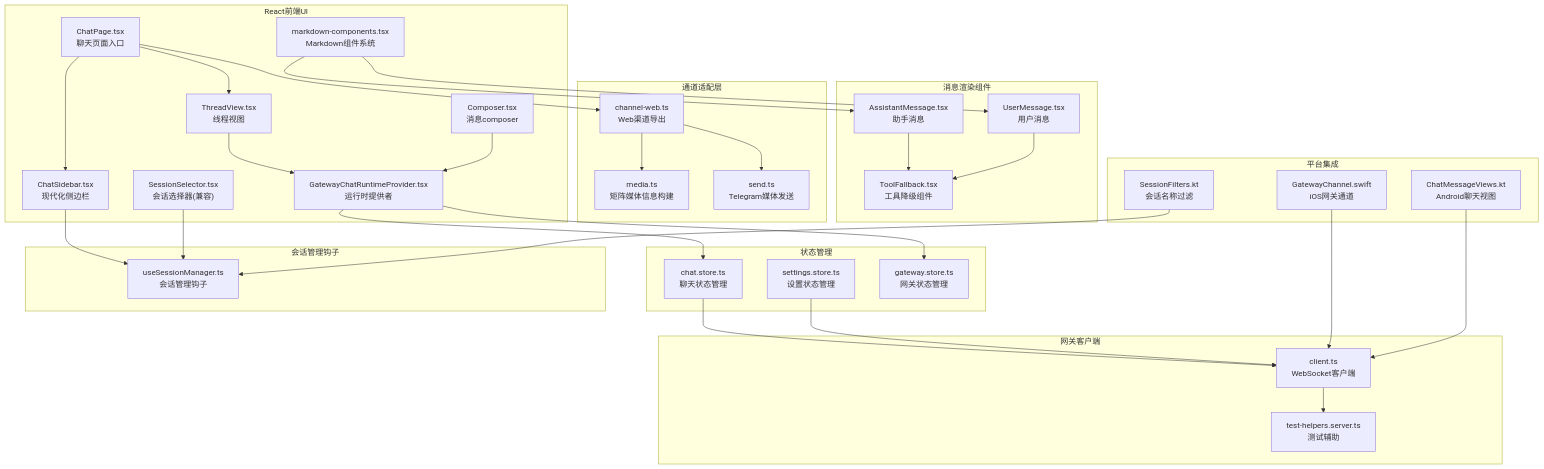
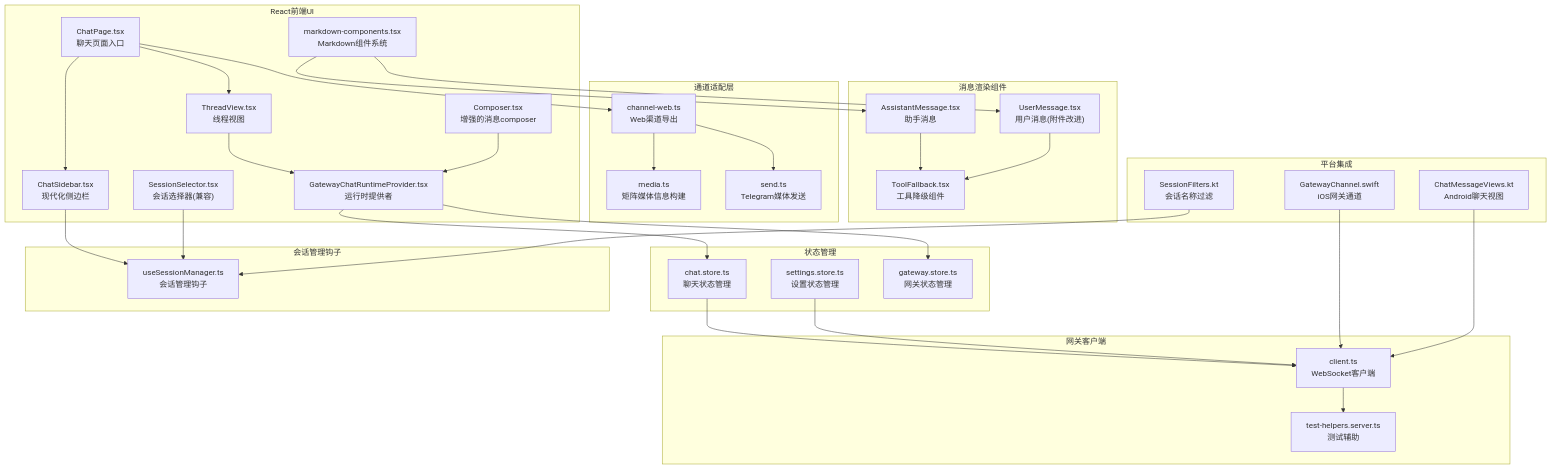
The first of 12 diagrams in .qoder/repowiki/zh/content/Web界面/WebChat界面/WebChat界面.md (verse-ai-org/openclaw), drawn with Mermaid before and after one commit. The commit also changed other lines of this file and 7 other files, not shown here.

````diff
--- a/.qoder/repowiki/zh/content/Web界面/WebChat界面/WebChat界面.md
+++ b/.qoder/repowiki/zh/content/Web界面/WebChat界面/WebChat界面.md
@@ -74,60 +75,60 @@
 ```mermaid
 graph TB
 subgraph "React前端UI"
 React_ChatPage["ChatPage.tsx<br/>聊天页面入口"]
 React_ChatSidebar["ChatSidebar.tsx<br/>现代化侧边栏"]
 React_Markdown["markdown-components.tsx<br/>Markdown组件系统"]
 React_ThreadView["ThreadView.tsx<br/>线程视图"]
 React_Session["SessionSelector.tsx<br/>会话选择器(兼容)"]
-React_Composer["Composer.tsx<br/>消息composer"]
+React_Composer["Composer.tsx<br/>增强的消息composer"]
 React_Runtime["GatewayChatRuntimeProvider.tsx<br/>运行时提供者"]
 end
 subgraph "状态管理"
 Zustand_Chat["chat.store.ts<br/>聊天状态管理"]
 Zustand_Settings["settings.store.ts<br/>设置状态管理"]
 Zustand_Gateway["gateway.store.ts<br/>网关状态管理"]
 end
 subgraph "消息渲染组件"
 React_Assistant["AssistantMessage.tsx<br/>助手消息"]
-React_User["UserMessage.tsx<br/>用户消息"]
+React_User["UserMessage.tsx<br/>用户消息(附件改进)"]
 React_Tool["ToolFallback.tsx<br/>工具降级组件"]
 end
 subgraph "会话管理钩子"
 Hook_SessionManager["useSessionManager.ts<br/>会话管理钩子"]
 end
 subgraph "网关客户端"
 GW_Client["client.ts<br/>WebSocket客户端"]
 GW_Server["test-helpers.server.ts<br/>测试辅助"]
 end
 subgraph "通道适配层"
 Web_Channel["channel-web.ts<br/>Web渠道导出"]
 Media_Send["media.ts<br/>矩阵媒体信息构建"]
 Telegram_Send["send.ts<br/>Telegram媒体发送"]
 end
 subgraph "平台集成"
 iOS_Gateway["GatewayChannel.swift<br/>iOS网关通道"]
 Android_UI["ChatMessageViews.kt<br/>Android聊天视图"]
 Android_Session["SessionFilters.kt<br/>会话名称过滤"]
 end
 React_ChatPage --> React_ChatSidebar
 React_ChatSidebar --> Hook_SessionManager
 React_ChatPage --> React_ThreadView
 React_ThreadView --> React_Runtime
 React_Session --> Hook_SessionManager
 React_Composer --> React_Runtime
 React_Runtime --> Zustand_Chat
 React_Runtime --> Zustand_Gateway
 React_Markdown --> React_Assistant
 React_Markdown --> React_User
 React_Assistant --> React_Tool
 React_User --> React_Tool
 Zustand_Chat --> GW_Client
 Zustand_Settings --> GW_Client
 GW_Client --> GW_Server
 React_ChatPage --> Web_Channel
 Web_Channel --> Media_Send
 Web_Channel --> Telegram_Send
 iOS_Gateway --> GW_Client
 Android_UI --> GW_Client
 Android_Session --> Hook_SessionManager
 ```
````
